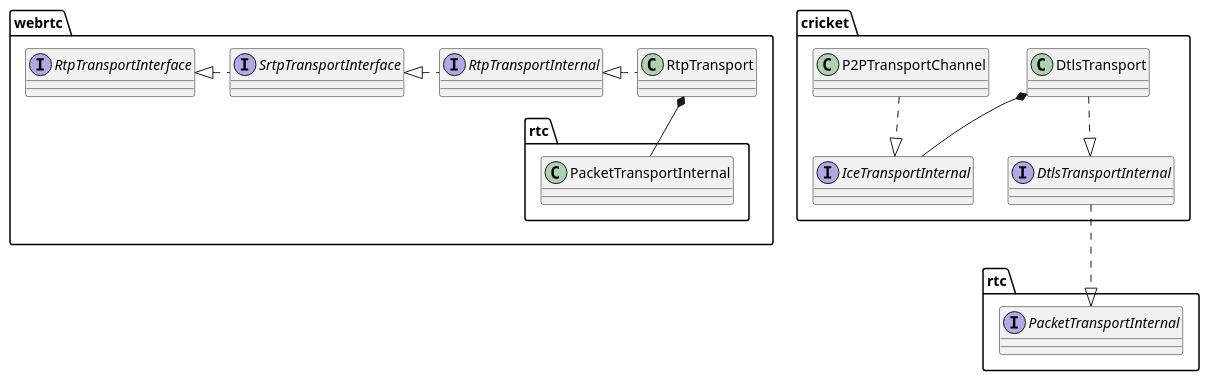
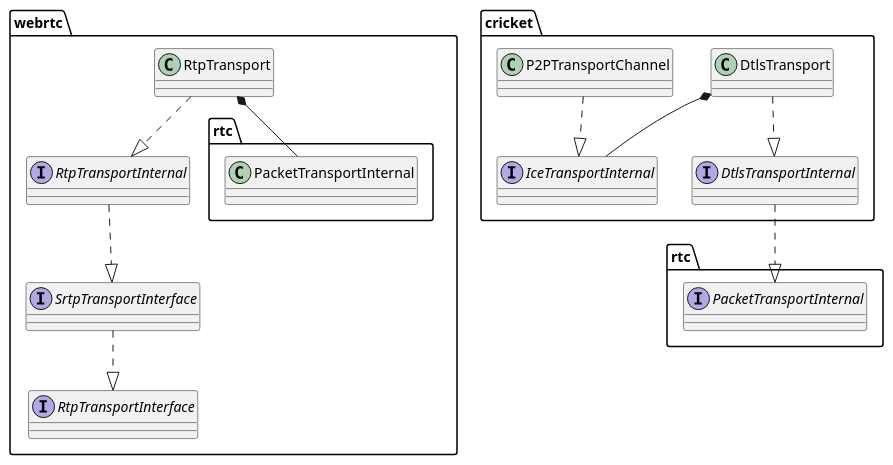
Before and after one commit to mingxin505/webrtcNote: diagram 14 of 19 in webrtc_chrome/Design.md, drawn with PlantUML. The commit also changed other lines of this file and 4 other files, not shown here.

````diff
--- a/webrtc_chrome/Design.md
+++ b/webrtc_chrome/Design.md
@@ -253,22 +268,22 @@
 ```plantuml
 package webrtc { 
     interface RtpTransportInterface
     interface SrtpTransportInterface
     interface RtpTransportInternal
     RtpTransport *-- rtc.PacketTransportInternal
-    RtpTransport .left.|> RtpTransportInternal
-    RtpTransportInternal .left.|> SrtpTransportInterface
-    SrtpTransportInterface .left.|> RtpTransportInterface
+    RtpTransport ..|> RtpTransportInternal
+    RtpTransportInternal ..|> SrtpTransportInterface
+    SrtpTransportInterface ..|> RtpTransportInterface
 }
 package rtc {
     interface PacketTransportInternal
 }
 package cricket {
     interface DtlsTransportInternal
     interface IceTransportInternal
     DtlsTransportInternal ..|> rtc.PacketTransportInternal
     DtlsTransport ..|> DtlsTransportInternal
     DtlsTransport *-- IceTransportInternal
     P2PTransportChannel ..|> IceTransportInternal
 }
 ```
````
